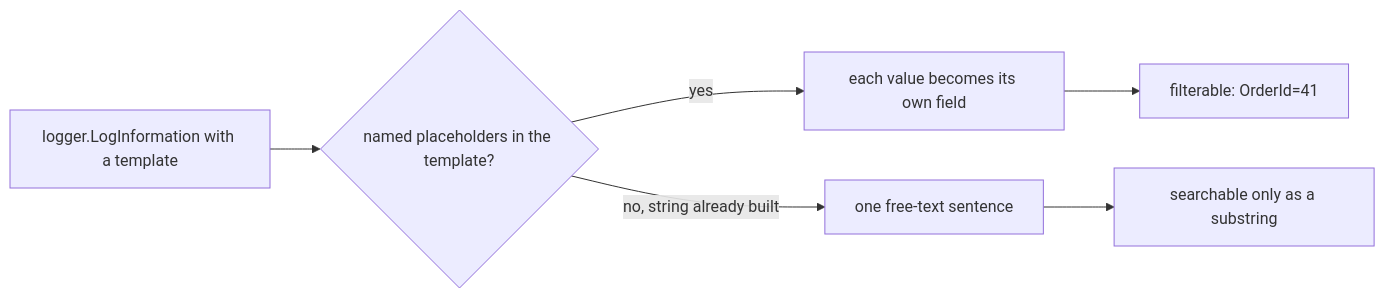
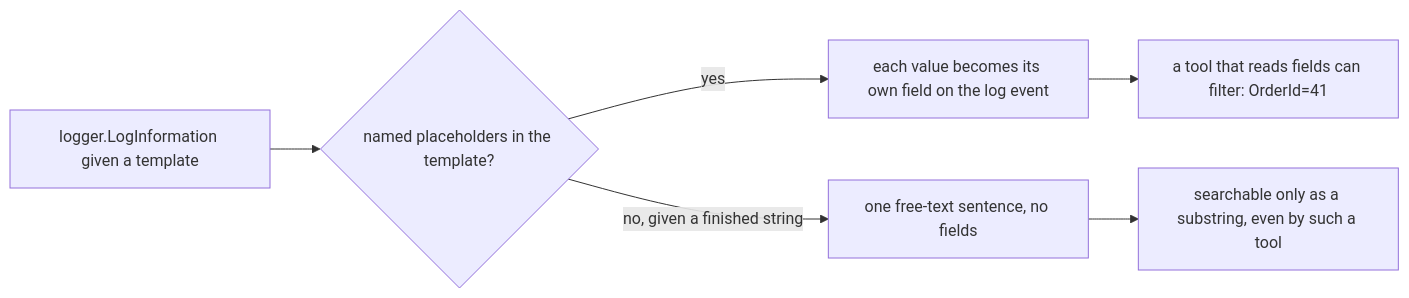
Before and after one commit to duyan11110/lo-trinh-architect: the diagram in content/tracks/backend/validation-errors-logging/backend.l1.structured-logging.en.md, drawn with Mermaid. The commit also changed other lines of this file and 3 other files, not shown here.

````diff
--- a/content/tracks/backend/validation-errors-logging/backend.l1.structured-logging.en.md
+++ b/content/tracks/backend/validation-errors-logging/backend.l1.structured-logging.en.md
@@ -40,8 +41,8 @@
 ```mermaid
 flowchart LR
-  A[logger.LogInformation with a template] --> B{named placeholders in the template?}
-  B -->|yes| C[each value becomes its own field]
-  C --> D[filterable: OrderId=41]
-  B -->|no, string already built| E[one free-text sentence]
-  E --> F[searchable only as a substring]
+  A[logger.LogInformation given a template] --> B{named placeholders in the template?}
+  B -->|yes| C[each value becomes its own field on the log event]
+  C --> D[a tool that reads fields can filter: OrderId=41]
+  B -->|no, given a finished string| E[one free-text sentence, no fields]
+  E --> F[searchable only as a substring, even by such a tool]
 ```
````
